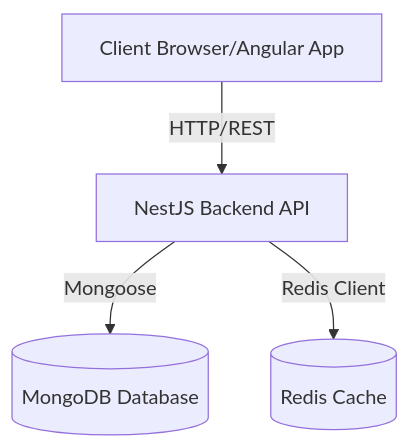
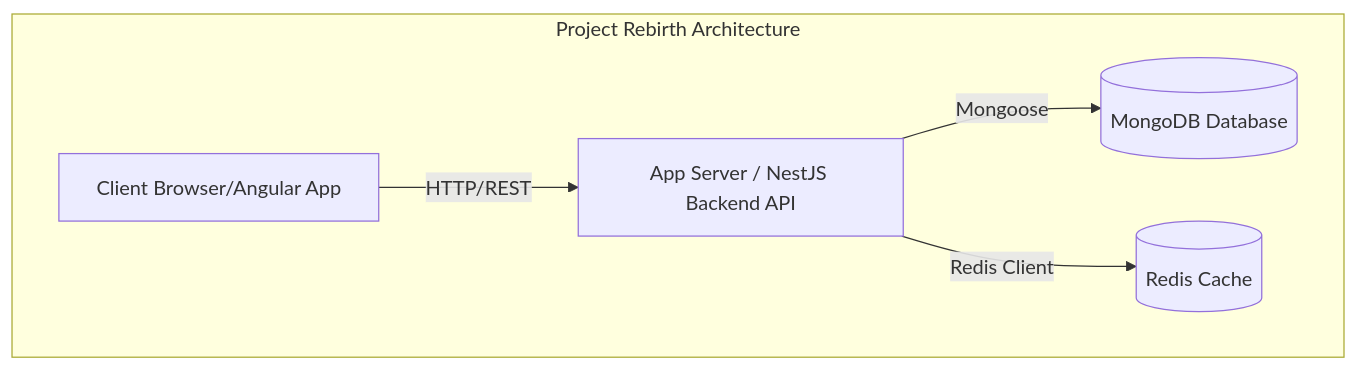
Before and after one commit to beginwebdev2002/fullstack-mavluda: the diagram in README.md, drawn with Mermaid. The commit also changed 27 other files, not shown here.

````diff
--- a/README.md
+++ b/README.md
@@ -14,6 +14,8 @@
 ```mermaid
 graph TD
-    Client[Client Browser/Angular App] -->|HTTP/REST| API[NestJS Backend API]
-    API -->|Mongoose| MongoDB[(MongoDB Database)]
-    API -->|Redis Client| Redis[(Redis Cache)]
+    subgraph "Project Rebirth Architecture"
+        Client[Client Browser/Angular App] -->|HTTP/REST| API[App Server / NestJS Backend API]
+        API -->|Mongoose| MongoDB[(MongoDB Database)]
+        API -->|Redis Client| Redis[(Redis Cache)]
+    end
 ```
````
